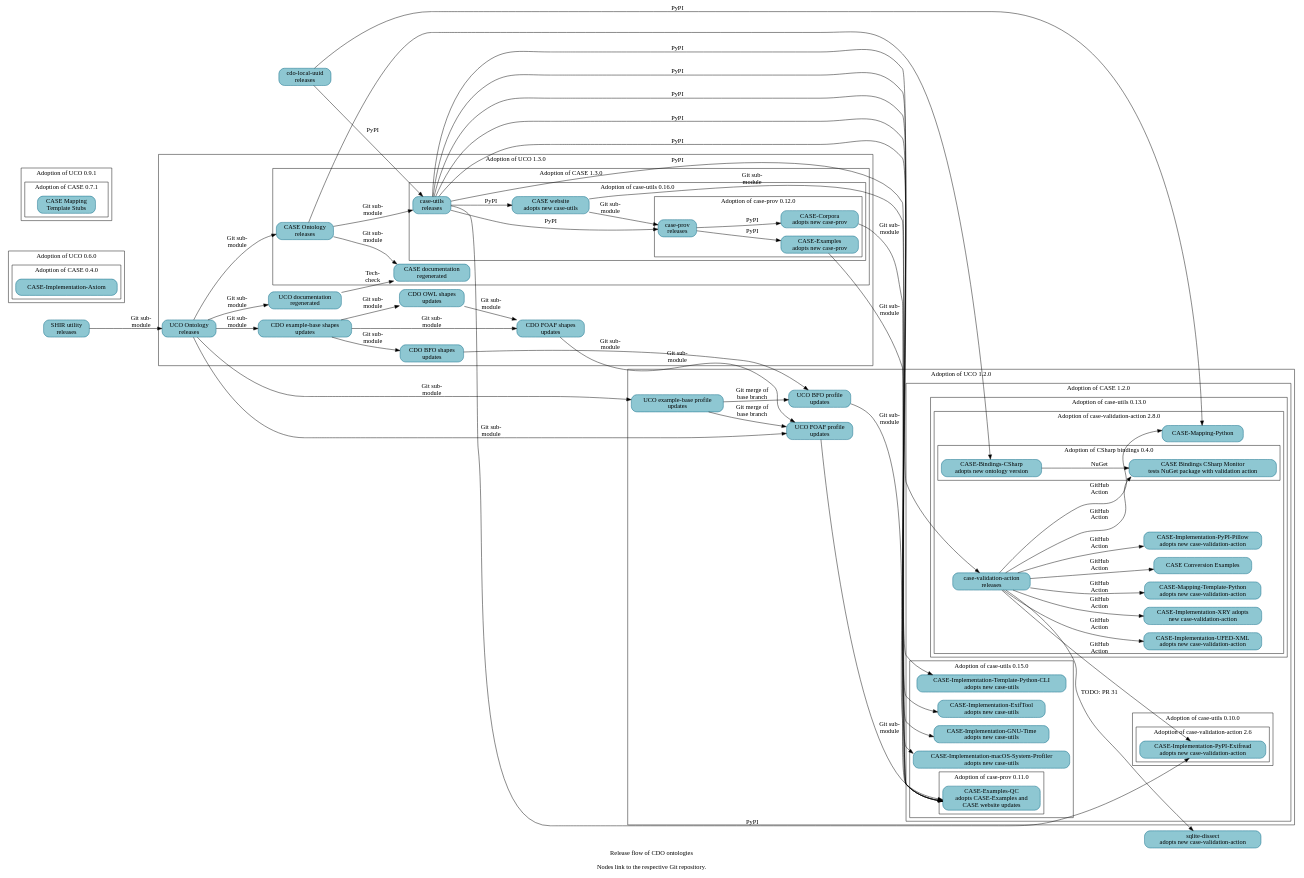
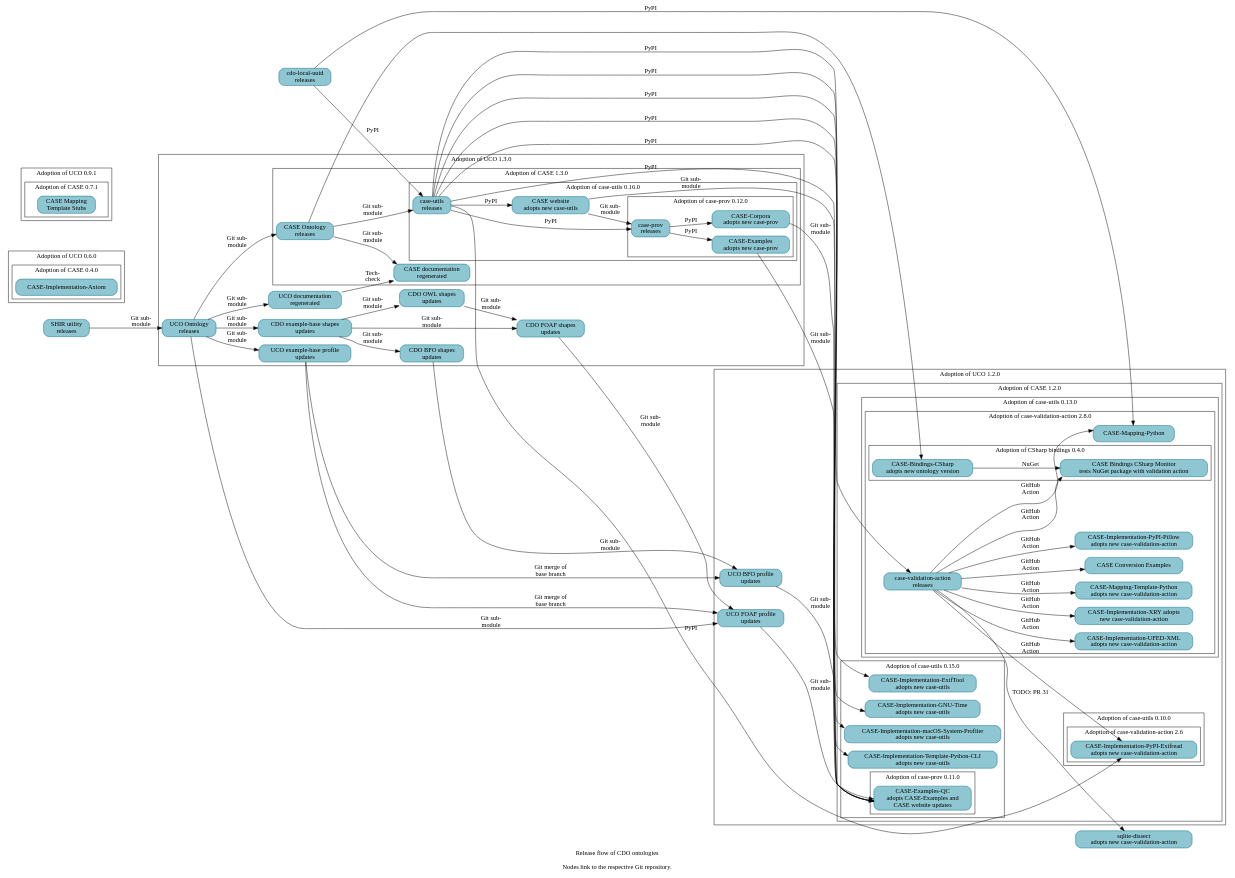
Before and after one commit to Cyber-Domain-Ontology/cdo.github.io: the diagram in resources/project_release_flow.dot, drawn with Graphviz. The commit also changed other lines of this file, not shown here.

First line of the commit message:
Bump adoption of UCO

```diff
--- a/resources/project_release_flow.dot
+++ b/resources/project_release_flow.dot
@@ -1,173 +1,173 @@
 digraph "cdo_release_flow" {
   label = "Release flow of CDO ontologies\n\nNodes link to the respective Git repository." ;
   rankdir = "LR" ;
   node [shape="rectangle" style="filled,rounded" fillcolor="#8EC7D2" color="#0D6986"] ;
 
   // Define nodes in their corresponding progress subgraph.
 
   _GH__CYBER_DOMAIN_ONTOLOGY__CDO_UTILITY_LOCAL_UUID [URL="https://github.com/Cyber-Domain-Ontology/CDO-Utility-Local-UUID" label="cdo-local-uuid\nreleases"] ;
 
   subgraph cluster_uco_0_6_0 {
     label = "Adoption of UCO 0.6.0" ;
 
     subgraph cluster_case_0_4_0 {
       label = "Adoption of CASE 0.4.0" ;
       _GH__CASEWORK__CASE_IMPLEMENTATION_AXIOM [URL="https://github.com/casework/CASE-Implementation-Axiom" label="CASE-Implementation-Axiom"] ;
     }
   }
 
   subgraph cluster_uco_0_9_1 {
     label = "Adoption of UCO 0.9.1" ;
 
     subgraph cluster_case_0_7_1 {
       label = "Adoption of CASE 0.7.1" ;
       _GH__CASEWORK__CASE_MAPPING_TEMPLATE_STUBS [URL="https://github.com/casework/CASE-Mapping-Template-Stubs" label="CASE Mapping\nTemplate Stubs"] ;
     }
   }
 
   subgraph cluster_uco_1_2_0 {
     label = "Adoption of UCO 1.2.0" ;
 
     _GH__UCOPROJECT__UCO_PROFILE_BFO [URL="https://github.com/ucoProject/UCO-Profile-BFO" label="UCO BFO profile\nupdates"] ;
-    _GH__UCOPROJECT__UCO_PROFILE_EXAMPLE [URL="https://github.com/ucoProject/UCO-Profile-Example" label="UCO example-base profile\nupdates"] ;
     _GH__UCOPROJECT__UCO_PROFILE_FOAF [URL="https://github.com/ucoProject/UCO-Profile-FOAF" label="UCO FOAF profile\nupdates"] ;
 
     subgraph cluster_case_1_2_0 {
       label = "Adoption of CASE 1.2.0" ;
 
       subgraph cluster_case_utils_0_10_0 {
         label = "Adoption of case-utils 0.10.0" ;
 
         subgraph cluster_case_validation_action_2_6 {
           label = "Adoption of case-validation-action 2.6" ;
 
           _GH__CASEWORK__CASE_IMPLEMENTATION_PYPI_EXIFREAD [URL="https://github.com/casework/CASE-Implementation-PyPI-Exifread" label="CASE-Implementation-PyPI-Exifread\nadopts new case-validation-action"] ;
         }
       }
 
       subgraph cluster_case_utils_0_13_0 {
         label = "Adoption of case-utils 0.13.0" ;
 
         subgraph cluster_case_validation_action_2_8_0 {
           label = "Adoption of case-validation-action 2.8.0" ;
 
           _GH__KCHASON__CASE_VALIDATION_ACTION [URL="https://github.com/kchason/case-validation-action" label="case-validation-action\nreleases"] ;
           _GH__CASEWORK__CASE_EXAMPLES_CONVERSION [URL="https://github.com/casework/CASE-Examples-Conversion" label="CASE Conversion Examples"] ;
           _GH__CASEWORK__CASE_IMPLEMENTATION_PYPI_PILLOW [URL="https://github.com/casework/CASE-Implementation-PyPI-Pillow" label="CASE-Implementation-PyPI-Pillow\nadopts new case-validation-action"] ;
           _GH__CASEWORK__CASE_IMPLEMENTATION_UFED_XML [URL="https://github.com/casework/CASE-Implementation-UFED-XML" label="CASE-Implementation-UFED-XML\nadopts new case-validation-action"] ;
           _GH__CASEWORK__CASE_IMPLEMENTATION_XRY [URL="https://github.com/casework/CASE-Implementation-XRY" label="CASE-Implementation-XRY adopts\nnew case-validation-action"] ;
           _GH__CASEWORK__CASE_MAPPING_PYTHON [URL="https://github.com/casework/CASE-Mapping-Python/" label="CASE-Mapping-Python"] ;
           _GH__CASEWORK__CASE_MAPPING_TEMPLATE_PYTHON [URL="https://github.com/casework/CASE-Mapping-Template-Python" label="CASE-Mapping-Template-Python\nadopts new case-validation-action"] ;
 
           subgraph cluster_case_bindings_csharp_0_4_0 {
             label = "Adoption of CSharp bindings 0.4.0" ;
 
             _GH__CASEWORK__CASE_BINDINGS_CSHARP_MONITOR [URL="https://github.com/casework/CASE-Bindings-CSharp-Monitor" label="CASE Bindings CSharp Monitor\ntests NuGet package with validation action"] ;
             _GH__CIPHERTECHSOLUTIONS__CASE_BINDINGS_CSHARP [URL="https://github.com/ciphertechsolutions/CASE-Bindings-CSharp" label="CASE-Bindings-CSharp\nadopts new ontology version"] ;
           }
         }
       }
 
       subgraph cluster_case_utils_0_15_0 {
         label = "Adoption of case-utils 0.15.0" ;
 
         _GH__CASEWORK__CASE_IMPLEMENTATION_EXIFTOOL [URL="https://github.com/casework/CASE-Implementation-ExifTool" label="CASE-Implementation-ExifTool\nadopts new case-utils"] ;
         _GH__CASEWORK__CASE_IMPLEMENTATION_GNU_TIME [URL="https://github.com/casework/CASE-Implementation-GNU-Time" label="CASE-Implementation-GNU-Time\nadopts new case-utils"] ;
         _GH__CASEWORK__CASE_IMPLEMENTATION_MACOS_SYSTEM_PROFILER [URL="https://github.com/casework/CASE-Implementation-macOS-System-Profiler" label="CASE-Implementation-macOS-System-Profiler\nadopts new case-utils"] ;
         _GH__CASEWORK__CASE_IMPLEMENTATION_TEMPLATE_PYTHON_CLI [URL="https://github.com/casework/CASE-Implementation-Template-Python-CLI" label="CASE-Implementation-Template-Python-CLI\nadopts new case-utils"]
 
         subgraph cluster_case_prov_0_11_0 {
           label = "Adoption of case-prov 0.11.0" ;
 
           _GH__AJNELSON_NIST__CASE_EXAMPLES_QC [URL="https://github.com/ajnelson-nist/CASE-Examples-QC" label="CASE-Examples-QC\nadopts CASE-Examples and\nCASE website updates"] ;
         }
       }
     }
   }
 
   subgraph cluster_uco_1_3_0 {
     label = "Adoption of UCO 1.3.0" ;
 
     _GH__CYBER_DOMAIN_ONTOLOGY__CDO_SHAPES_BFO [URL="https://github.com/Cyber-Domain-Ontology/CDO-Shapes-BFO" label="CDO BFO shapes\nupdates"] ;
     _GH__CYBER_DOMAIN_ONTOLOGY__CDO_SHAPES_EXAMPLE [URL="https://github.com/Cyber-Domain-Ontology/CDO-Shapes-Example" label="CDO example-base shapes\nupdates"] ;
     _GH__CYBER_DOMAIN_ONTOLOGY__CDO_SHAPES_FOAF [URL="https://github.com/Cyber-Domain-Ontology/CDO-Shapes-FOAF" label="CDO FOAF shapes\nupdates"] ;
     _GH__CYBER_DOMAIN_ONTOLOGY__CDO_SHAPES_OWL [URL="https://github.com/Cyber-Domain-Ontology/CDO-Shapes-OWL" label="CDO OWL shapes\nupdates"] ;
     _GH__UCOPROJECT__ONTOLOGY_UNIFIEDCYBERONTOLOGY_ORG [URL="https://github.com/ucoProject/ontology.unifiedcyberontology.org" label="UCO documentation\nregenerated"] ;
     _GH__UCOPROJECT__UCO [URL="https://github.com/ucoProject/UCO" label="UCO Ontology\nreleases"] ;
+    _GH__UCOPROJECT__UCO_PROFILE_EXAMPLE [URL="https://github.com/ucoProject/UCO-Profile-Example" label="UCO example-base profile\nupdates"] ;
 
     subgraph cluster_case_1_2_0 {
       label = "Adoption of CASE 1.3.0" ;
 
       _GH__CASEWORK__CASE [URL="https://github.com/casework/CASE" label="CASE Ontology\nreleases"] ;
       _GH__CASEWORK__ONTOLOGY_CASEONTOLOGY_ORG [URL="https://github.com/casework/ontology.caseontology.org" label="CASE documentation\nregenerated"] ;
 
       subgraph cluster_case_utils_0_16_0 {
         label = "Adoption of case-utils 0.16.0" ;
 
         _GH__CASEWORK__CASE_UTILITIES_PYTHON [URL="https://github.com/casework/CASE-Utilities-Python" label="case-utils\nreleases"] ;
         _GH__CASEWORK__CASEWORK_GITHUB_IO [URL="https://github.com/casework/casework.github.io" label="CASE website\nadopts new case-utils"] ;
 
         subgraph cluster_case_prov_0_12_0 {
           label = "Adoption of case-prov 0.12.0" ;
 
           _GH__CASEWORK__CASE_CORPORA [URL="https://github.com/casework/CASE-Corpora" label="CASE-Corpora\nadopts new case-prov"] ;
           _GH__CASEWORK__CASE_EXAMPLES [URL="https://github.com/casework/CASE-Examples" label="CASE-Examples\nadopts new case-prov"] ;
           _GH__CASEWORK__CASE_IMPLEMENTATION_PROV_O [URL="https://github.com/casework/CASE-Implementation-PROV-O" label="case-prov\nreleases"] ;
         }
       }
     }
   }
 
   _GH__CASEWORK__CASE_UTILITY_SHACL_INHERITANCE_REVIEWER [URL="https://github.com/casework/CASE-Utility-SHACL-Inheritance-Reviewer" label="SHIR utility\nreleases"] ;
   _GH__DOD_CYBER_CRIME_CENTER__SQLITE_DISSECT [URL="https://github.com/dod-cyber-crime-center/sqlite-dissect" label="sqlite-dissect\nadopts new case-validation-action"] ;
 
   // Begin edges
 
   _GH__CASEWORK__CASEWORK_GITHUB_IO -> _GH__CASEWORK__CASE_IMPLEMENTATION_PROV_O [label="Git sub-\nmodule"] ;
   _GH__CASEWORK__CASE_CORPORA -> _GH__AJNELSON_NIST__CASE_EXAMPLES_QC [label="Git sub-\nmodule"] ;
   _GH__CASEWORK__CASE -> _GH__CASEWORK__CASE_UTILITIES_PYTHON [label="Git sub-\nmodule"] ;
   _GH__CASEWORK__CASE -> _GH__CIPHERTECHSOLUTIONS__CASE_BINDINGS_CSHARP ;
   _GH__CASEWORK__CASE -> _GH__CASEWORK__ONTOLOGY_CASEONTOLOGY_ORG [label="Git sub-\nmodule"] ; 
   _GH__CASEWORK__CASE_EXAMPLES -> _GH__AJNELSON_NIST__CASE_EXAMPLES_QC [label="Git sub-\nmodule"] ;
   _GH__CASEWORK__CASE_IMPLEMENTATION_PROV_O -> _GH__CASEWORK__CASE_CORPORA [label="PyPI"] ;
   _GH__CASEWORK__CASE_IMPLEMENTATION_PROV_O -> _GH__CASEWORK__CASE_EXAMPLES [label="PyPI"] ;
   _GH__CASEWORK__CASE_UTILITIES_PYTHON -> _GH__AJNELSON_NIST__CASE_EXAMPLES_QC [label="PyPI"] ;
   _GH__CASEWORK__CASE_UTILITIES_PYTHON -> _GH__CASEWORK__CASE_IMPLEMENTATION_EXIFTOOL [label="PyPI"] ;
   _GH__CASEWORK__CASE_UTILITIES_PYTHON -> _GH__CASEWORK__CASE_IMPLEMENTATION_GNU_TIME [label="PyPI"] ;
   _GH__CASEWORK__CASE_UTILITIES_PYTHON -> _GH__CASEWORK__CASE_IMPLEMENTATION_MACOS_SYSTEM_PROFILER [label="PyPI"] ;
   _GH__CASEWORK__CASE_UTILITIES_PYTHON -> _GH__CASEWORK__CASE_IMPLEMENTATION_PROV_O [label="PyPI"] ;
   _GH__CASEWORK__CASE_UTILITIES_PYTHON -> _GH__CASEWORK__CASE_IMPLEMENTATION_PYPI_EXIFREAD [label="PyPI"] ;
   _GH__CASEWORK__CASE_UTILITIES_PYTHON -> _GH__CASEWORK__CASE_IMPLEMENTATION_TEMPLATE_PYTHON_CLI [label="PyPI"];
   _GH__CASEWORK__CASE_UTILITIES_PYTHON -> _GH__KCHASON__CASE_VALIDATION_ACTION [label="PyPI"] ;
   _GH__CASEWORK__CASE_UTILITIES_PYTHON -> _GH__CASEWORK__CASEWORK_GITHUB_IO [label="PyPI"] ;
   _GH__CASEWORK__CASE_UTILITY_SHACL_INHERITANCE_REVIEWER -> _GH__UCOPROJECT__UCO [label="Git sub-\nmodule"] ;
   _GH__CASEWORK__CASEWORK_GITHUB_IO -> _GH__AJNELSON_NIST__CASE_EXAMPLES_QC [label="Git sub-\nmodule"] ;
   _GH__CIPHERTECHSOLUTIONS__CASE_BINDINGS_CSHARP -> _GH__CASEWORK__CASE_BINDINGS_CSHARP_MONITOR [label="NuGet"] ;
   _GH__CYBER_DOMAIN_ONTOLOGY__CDO_UTILITY_LOCAL_UUID -> _GH__CASEWORK__CASE_MAPPING_PYTHON [label="PyPI"] ;
   _GH__CYBER_DOMAIN_ONTOLOGY__CDO_UTILITY_LOCAL_UUID -> _GH__CASEWORK__CASE_UTILITIES_PYTHON [label="PyPI"] ;
   _GH__CYBER_DOMAIN_ONTOLOGY__CDO_SHAPES_BFO -> _GH__UCOPROJECT__UCO_PROFILE_BFO [label="Git sub-\nmodule"] ;
   _GH__CYBER_DOMAIN_ONTOLOGY__CDO_SHAPES_EXAMPLE -> _GH__CYBER_DOMAIN_ONTOLOGY__CDO_SHAPES_BFO [label="Git sub-\nmodule"] ;
   _GH__CYBER_DOMAIN_ONTOLOGY__CDO_SHAPES_EXAMPLE -> _GH__CYBER_DOMAIN_ONTOLOGY__CDO_SHAPES_FOAF [label="Git sub-\nmodule"] ;
   _GH__CYBER_DOMAIN_ONTOLOGY__CDO_SHAPES_EXAMPLE -> _GH__CYBER_DOMAIN_ONTOLOGY__CDO_SHAPES_OWL [label="Git sub-\nmodule"] ;
   _GH__CYBER_DOMAIN_ONTOLOGY__CDO_SHAPES_FOAF -> _GH__UCOPROJECT__UCO_PROFILE_FOAF [label="Git sub-\nmodule"] ;
   _GH__CYBER_DOMAIN_ONTOLOGY__CDO_SHAPES_OWL -> _GH__CYBER_DOMAIN_ONTOLOGY__CDO_SHAPES_FOAF [label="Git sub-\nmodule"] ;
   _GH__KCHASON__CASE_VALIDATION_ACTION -> _GH__CASEWORK__CASE_BINDINGS_CSHARP_MONITOR [label="GitHub\nAction"] ;
   _GH__KCHASON__CASE_VALIDATION_ACTION -> _GH__CASEWORK__CASE_EXAMPLES_CONVERSION [label="GitHub\nAction"];
   _GH__KCHASON__CASE_VALIDATION_ACTION -> _GH__CASEWORK__CASE_IMPLEMENTATION_PYPI_EXIFREAD [label="GitHub\nAction"] ;
   _GH__KCHASON__CASE_VALIDATION_ACTION -> _GH__CASEWORK__CASE_IMPLEMENTATION_PYPI_PILLOW [label="GitHub\nAction"] ;
   _GH__KCHASON__CASE_VALIDATION_ACTION -> _GH__CASEWORK__CASE_IMPLEMENTATION_UFED_XML [label="GitHub\nAction"] ;
   _GH__KCHASON__CASE_VALIDATION_ACTION -> _GH__CASEWORK__CASE_IMPLEMENTATION_XRY [label="GitHub\nAction"] ;
   _GH__KCHASON__CASE_VALIDATION_ACTION -> _GH__CASEWORK__CASE_MAPPING_PYTHON [label="GitHub\nAction"] ;
   _GH__KCHASON__CASE_VALIDATION_ACTION -> _GH__CASEWORK__CASE_MAPPING_TEMPLATE_PYTHON [label="GitHub\nAction"] ;
   _GH__KCHASON__CASE_VALIDATION_ACTION -> _GH__DOD_CYBER_CRIME_CENTER__SQLITE_DISSECT [URL="https://github.com/dod-cyber-crime-center/sqlite-dissect/pull/31" label="TODO: PR 31"] ;
   _GH__UCOPROJECT__ONTOLOGY_UNIFIEDCYBERONTOLOGY_ORG -> _GH__CASEWORK__ONTOLOGY_CASEONTOLOGY_ORG [label="Tech-\ncheck"];
   _GH__UCOPROJECT__UCO -> _GH__CASEWORK__CASE [label="Git sub-\nmodule"] ;
   _GH__UCOPROJECT__UCO -> _GH__CYBER_DOMAIN_ONTOLOGY__CDO_SHAPES_EXAMPLE [label="Git sub-\nmodule"] ;
   _GH__UCOPROJECT__UCO -> _GH__UCOPROJECT__ONTOLOGY_UNIFIEDCYBERONTOLOGY_ORG [label="Git sub-\nmodule"] ;
   _GH__UCOPROJECT__UCO -> _GH__UCOPROJECT__UCO_PROFILE_EXAMPLE [label="Git sub-\nmodule"] ;
   _GH__UCOPROJECT__UCO -> _GH__UCOPROJECT__UCO_PROFILE_FOAF [label="Git sub-\nmodule"] ;
   _GH__UCOPROJECT__UCO_PROFILE_BFO -> _GH__AJNELSON_NIST__CASE_EXAMPLES_QC [label="Git sub-\nmodule"] ;
   _GH__UCOPROJECT__UCO_PROFILE_EXAMPLE -> _GH__UCOPROJECT__UCO_PROFILE_BFO [label="Git merge of\nbase branch"] ;
   _GH__UCOPROJECT__UCO_PROFILE_EXAMPLE -> _GH__UCOPROJECT__UCO_PROFILE_FOAF [label="Git merge of\nbase branch"] ;
   _GH__UCOPROJECT__UCO_PROFILE_FOAF -> _GH__AJNELSON_NIST__CASE_EXAMPLES_QC [label="Git sub-\nmodule"] ;
 }
```
